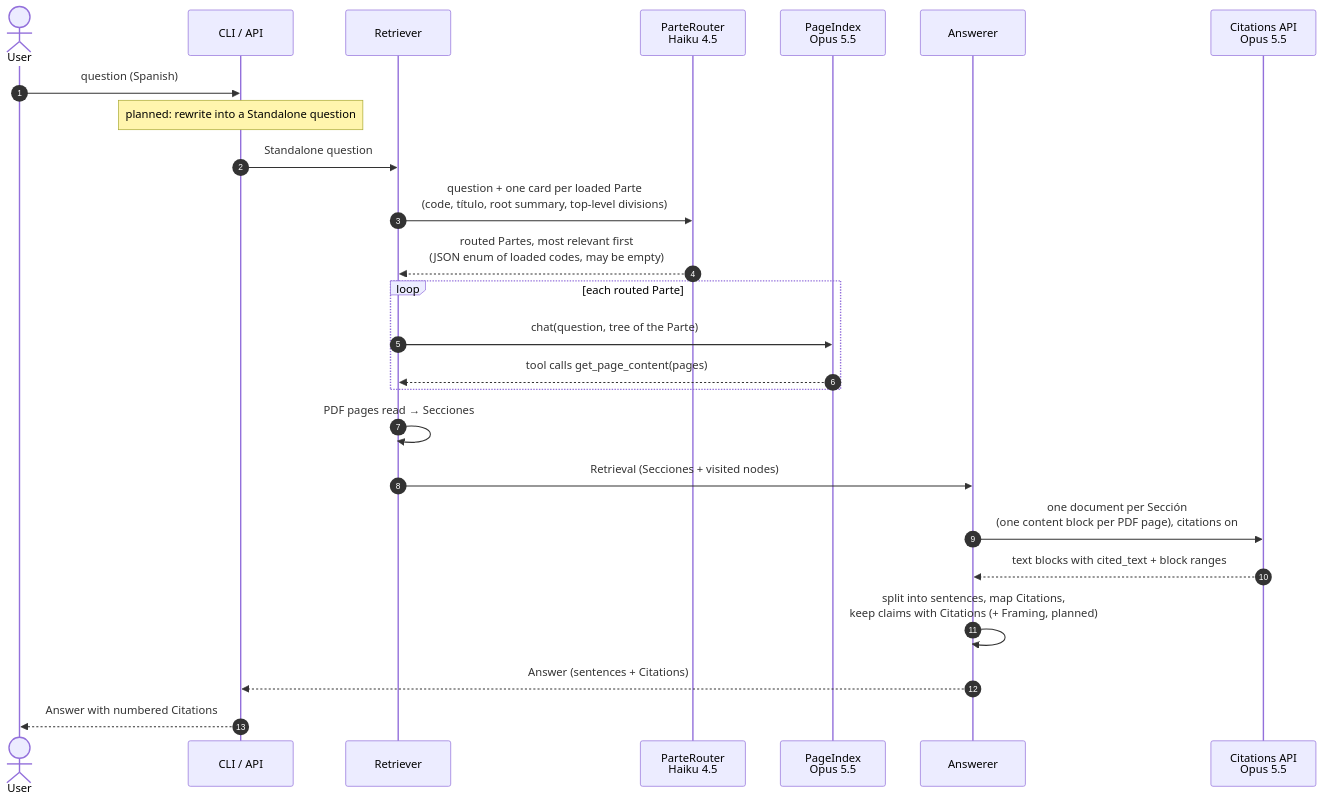
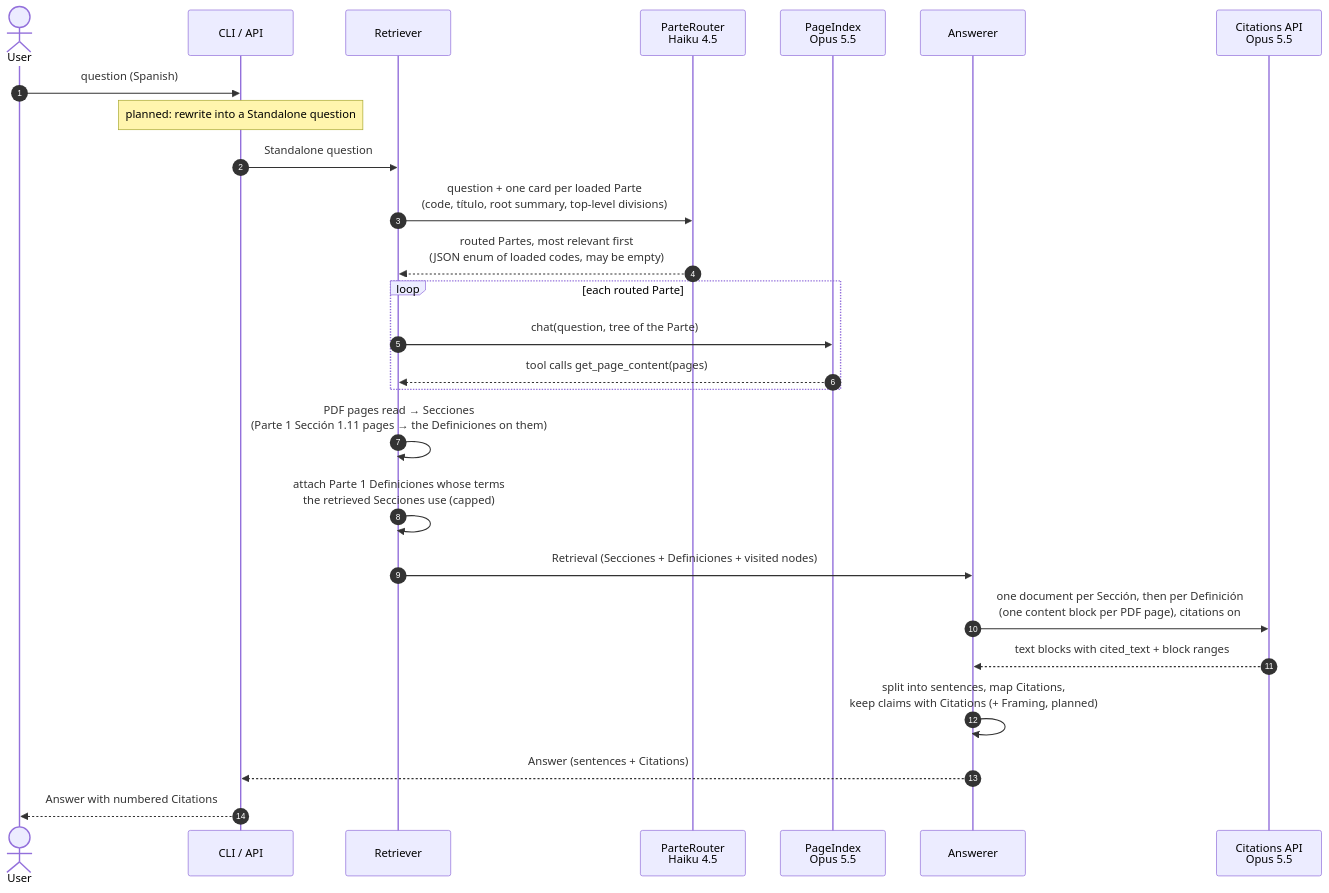
One commit to Guernik/raac-rag changed the diagram in docs/diagrams/answering.mmd. Above: the diagram before and after it, drawn with Mermaid. The commit also changed 19 other files, not shown here.

First line of the commit message:
feat: attach Parte 1 Definiciones as citable context (#47)

```diff
--- a/docs/diagrams/answering.mmd
+++ b/docs/diagrams/answering.mmd
@@ -1,26 +1,27 @@
 sequenceDiagram
     autonumber
     actor U as User
     participant C as CLI / API
     participant R as Retriever
     participant RT as ParteRouter<br/>Haiku 4.5
     participant P as PageIndex<br/>Opus 5.5
     participant A as Answerer
     participant L as Citations API<br/>Opus 5.5
 
     U->>C: question (Spanish)
     Note over C: planned: rewrite into a Standalone question
     C->>R: Standalone question
     R->>RT: question + one card per loaded Parte<br/>(code, título, root summary, top-level divisions)
     RT-->>R: routed Partes, most relevant first<br/>(JSON enum of loaded codes, may be empty)
     loop each routed Parte
         R->>P: chat(question, tree of the Parte)
         P-->>R: tool calls get_page_content(pages)
     end
-    R->>R: PDF pages read → Secciones
-    R->>A: Retrieval (Secciones + visited nodes)
-    A->>L: one document per Sección<br/>(one content block per PDF page), citations on
+    R->>R: PDF pages read → Secciones<br/>(Parte 1 Sección 1.11 pages → the Definiciones on them)
+    R->>R: attach Parte 1 Definiciones whose terms<br/>the retrieved Secciones use (capped)
+    R->>A: Retrieval (Secciones + Definiciones + visited nodes)
+    A->>L: one document per Sección, then per Definición<br/>(one content block per PDF page), citations on
     L-->>A: text blocks with cited_text + block ranges
     A->>A: split into sentences, map Citations,<br/>keep claims with Citations (+ Framing, planned)
     A-->>C: Answer (sentences + Citations)
     C-->>U: Answer with numbered Citations
```
